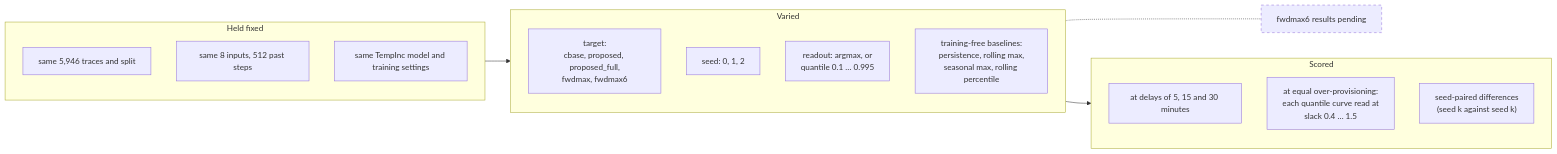
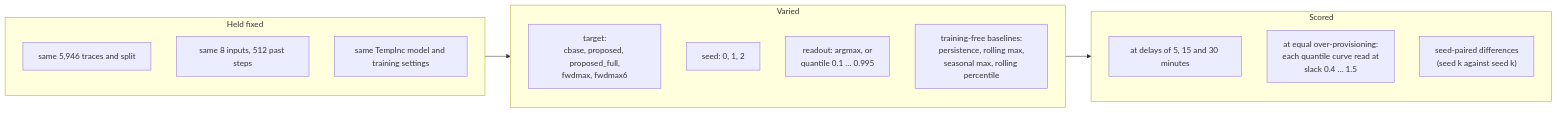
The fourth of 5 diagrams in docs/architecture.md (ashutosharma2/SpikeCheck), drawn with Mermaid before and after one commit. The commit also changed other lines of this file and 4 other files, not shown here.

````diff
--- a/docs/architecture.md
+++ b/docs/architecture.md
@@ -143,27 +141,23 @@
 ```mermaid
 flowchart LR
     subgraph FIXED["Held fixed"]
         direction TB
         D["same 5,946 traces and split"]
         I["same 8 inputs, 512 past steps"]
         MOD["same TempInc model and training settings"]
     end
     subgraph VARIED["Varied"]
         direction TB
         T["target:<br/>cbase, proposed, proposed_full,<br/>fwdmax, fwdmax6"]
         S["seed: 0, 1, 2"]
         Q["readout: argmax, or<br/>quantile 0.1 … 0.995"]
         B["training-free baselines:<br/>persistence, rolling max,<br/>seasonal max, rolling percentile"]
     end
     subgraph SCORE["Scored"]
         direction TB
         DL["at delays of 5, 15 and 30 minutes"]
         MS["at equal over-provisioning:<br/>each quantile curve read at<br/>slack 0.4 … 1.5"]
         PD["seed-paired differences<br/>(seed k against seed k)"]
     end
     FIXED --> VARIED --> SCORE
-    T -.- F6["fwdmax6 results pending"]
-
-    classDef planned stroke-dasharray: 5 5
-    class F6 planned
 ```
````
